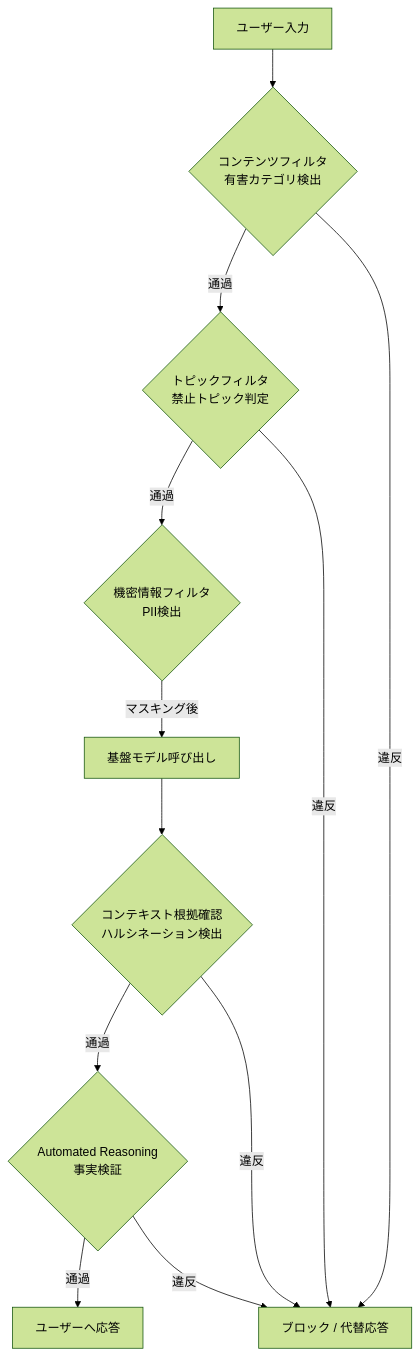
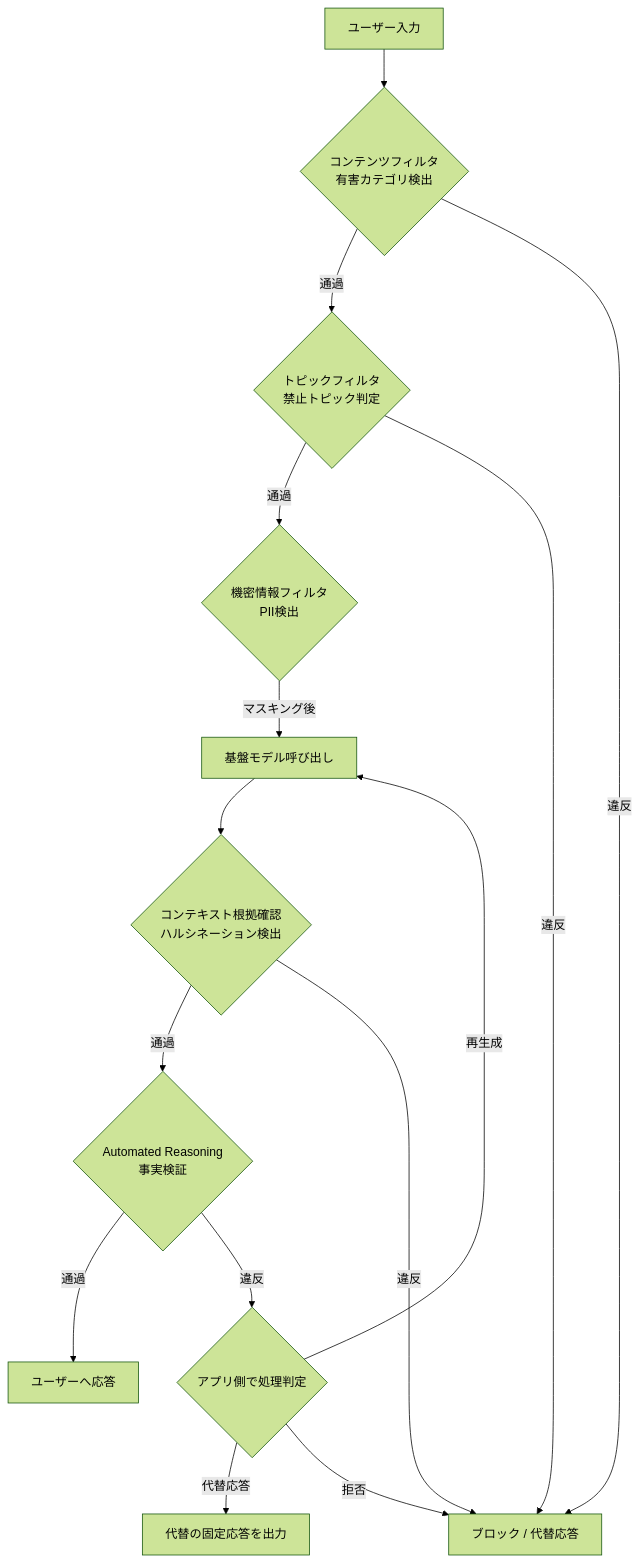
One commit to myoshi2891/Comparison-of-LLMs changed the third of 6 diagrams in Amazon-bedrock-best-practices-guide.md. Above: the diagram before and after it, drawn with Mermaid (forest theme). The commit also changed other lines of this file, not shown here.

Commit message:
docs(bedrock): update Converse API example, guardrail client initialization, and Mermaid flow

````diff
--- a/Amazon-bedrock-best-practices-guide.md
+++ b/Amazon-bedrock-best-practices-guide.md
@@ -240,14 +243,17 @@
 ```mermaid
 flowchart TD
     In["ユーザー入力"] --> L1{"コンテンツフィルタ<br/>有害カテゴリ検出"}
     L1 -->|"通過"| L2{"トピックフィルタ<br/>禁止トピック判定"}
     L1 -->|"違反"| Blocked["ブロック / 代替応答"]
     L2 -->|"通過"| L3{"機密情報フィルタ<br/>PII検出"}
     L2 -->|"違反"| Blocked
     L3 -->|"マスキング後"| L4["基盤モデル呼び出し"]
     L4 --> L5{"コンテキスト根拠確認<br/>ハルシネーション検出"}
     L5 -->|"通過"| L6{"Automated Reasoning<br/>事実検証"}
     L5 -->|"違反"| Blocked
     L6 -->|"通過"| Out["ユーザーへ応答"]
-    L6 -->|"違反"| Blocked
+    L6 -->|"違反"| AppDecision{"アプリ側で処理判定"}
+    AppDecision -->|"再生成"| L4
+    AppDecision -->|"代替応答"| AltOut["代替の固定応答を出力"]
+    AppDecision -->|"拒否"| Blocked
 ```
````
